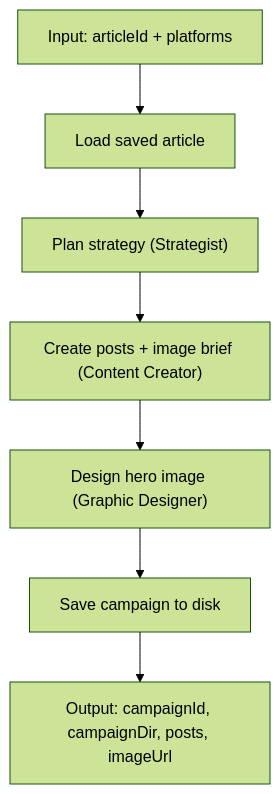
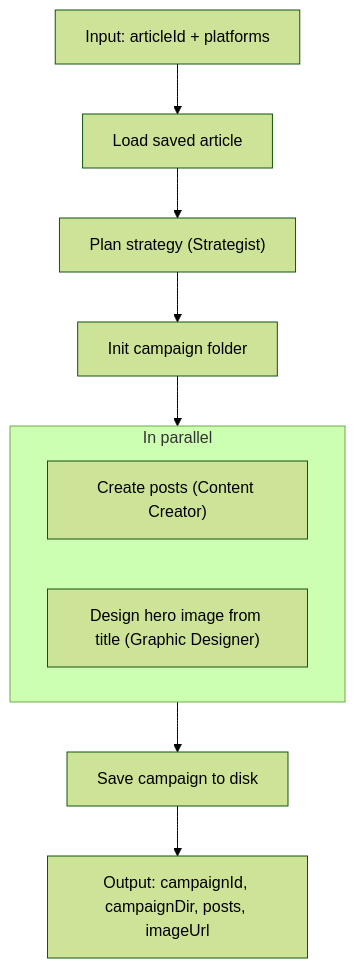
The second of 2 diagrams in docs/workflows.md (foxbit19/agentic-writer), drawn with Mermaid (forest theme) before and after one commit. The commit also changed other lines of this file and 10 other files, not shown here.

Commit message:
Update graphic designer to generate images from article title. The image generation now are parallel with content creation

````diff
--- a/docs/workflows.md
+++ b/docs/workflows.md
@@ -75,9 +75,15 @@
 ```mermaid
 flowchart TD
     input["Input: articleId + platforms"] --> prepare["Load saved article"]
     prepare --> strategy["Plan strategy (Strategist)"]
-    strategy --> create["Create posts + image brief (Content Creator)"]
-    create --> design["Design hero image (Graphic Designer)"]
-    design --> save["Save campaign to disk"]
+    strategy --> init["Init campaign folder"]
+    init --> parallel
+
+    subgraph parallel ["In parallel"]
+        create["Create posts (Content Creator)"]
+        design["Design hero image from title (Graphic Designer)"]
+    end
+
+    parallel --> save["Save campaign to disk"]
     save --> output["Output: campaignId, campaignDir, posts, imageUrl"]
 ```
````
